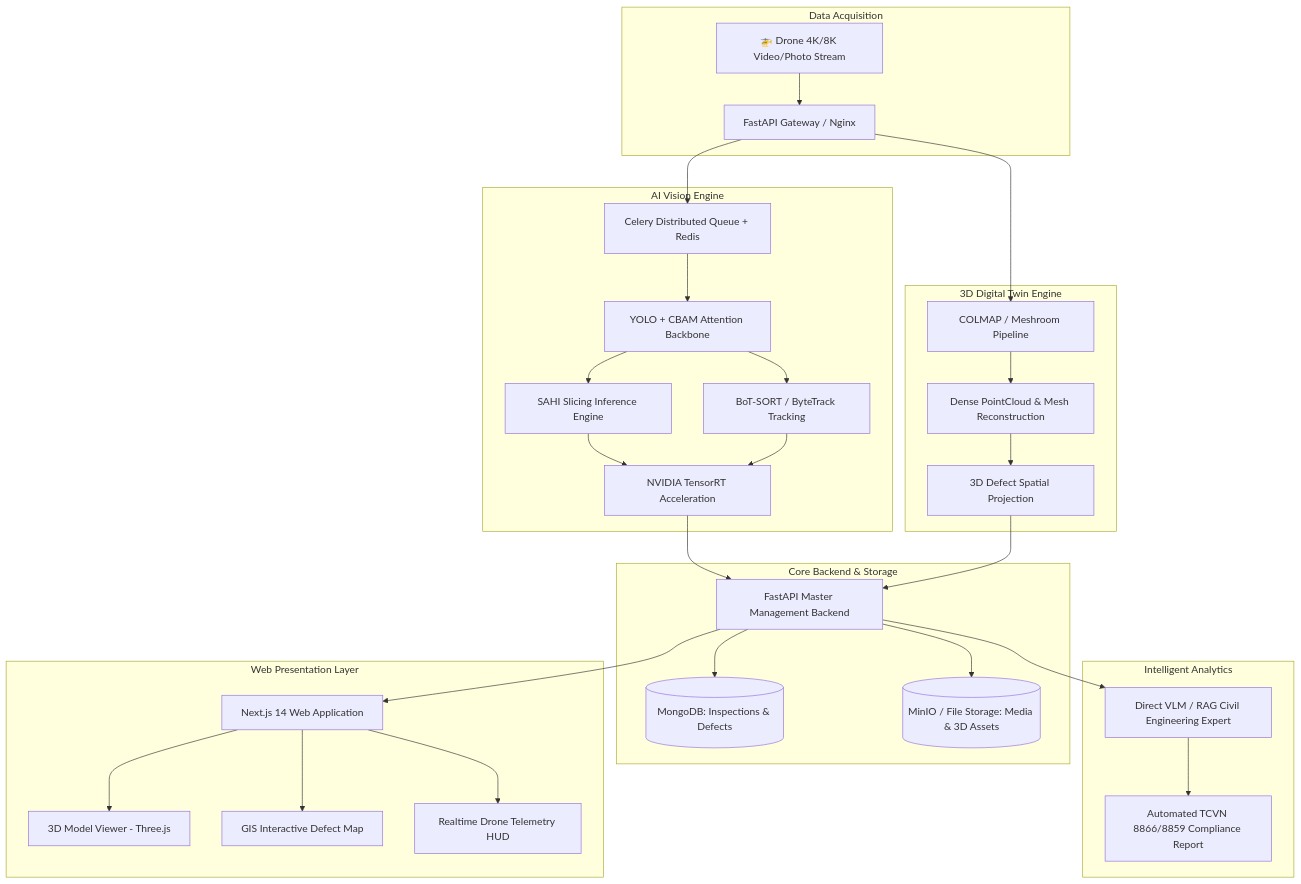
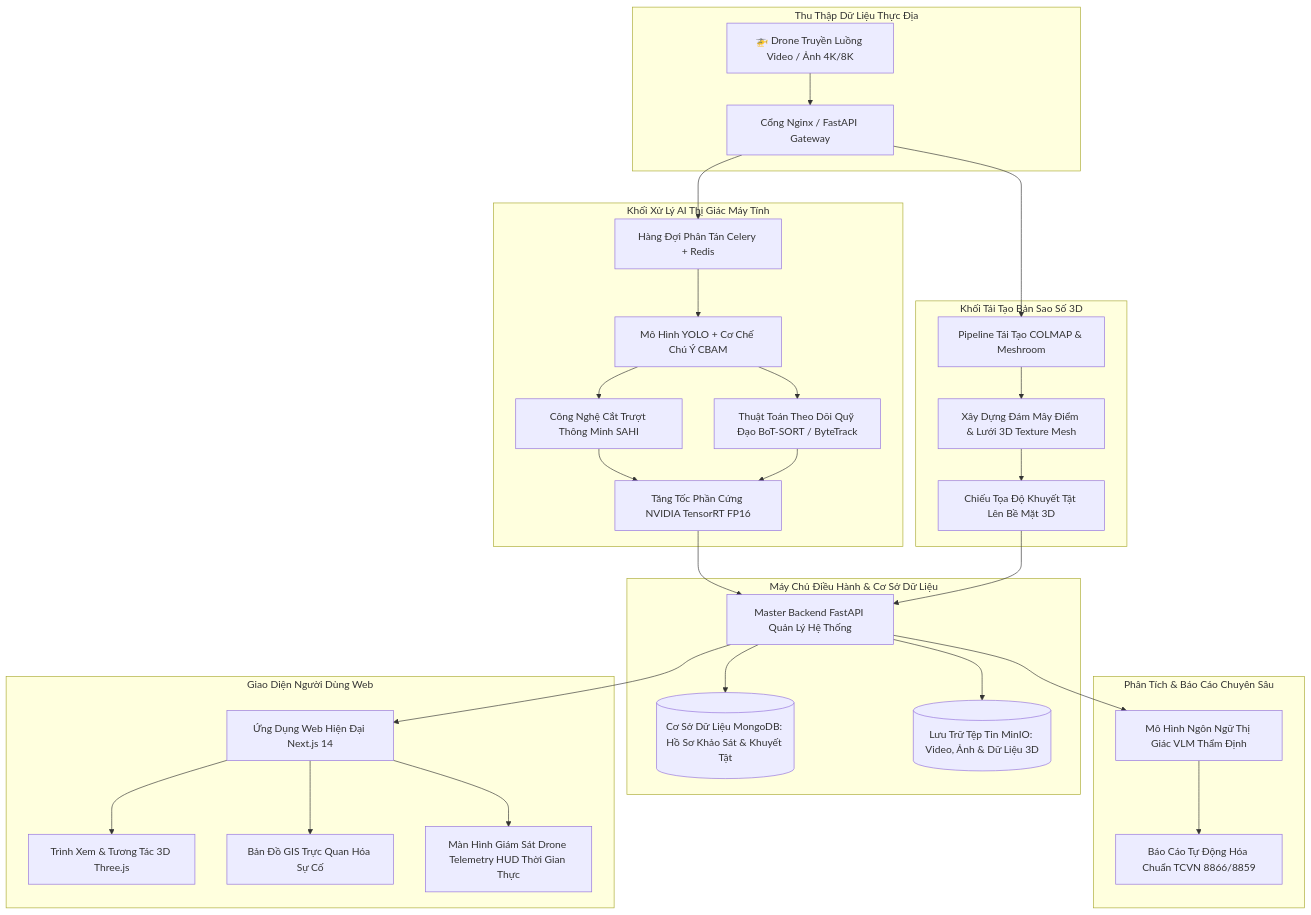
One commit to buivanhoa04/crack-detection-digitaltwin-platform changed the diagram in README.md. Above: the diagram before and after it, drawn with Mermaid. The commit also changed other lines of this file, not shown here.

Commit message:
docs: update comprehensive Vietnamese README for civil engineering and AI recruiter presentation

````diff
--- a/README.md
+++ b/README.md
@@ -34,38 +34,38 @@
 ```mermaid
 graph TD
-    subgraph Data Acquisition
-        A[🚁 Drone 4K/8K Video/Photo Stream] --> B[FastAPI Gateway / Nginx]
+    subgraph Thu Thập Dữ Liệu Thực Địa
+        A[🚁 Drone Truyền Luồng Video / Ảnh 4K/8K] --> B[Cổng Nginx / FastAPI Gateway]
     end
 
-    subgraph AI Vision Engine
-        B --> C[Celery Distributed Queue + Redis]
-        C --> D[YOLO + CBAM Attention Backbone]
-        D --> E[SAHI Slicing Inference Engine]
-        D --> F[BoT-SORT / ByteTrack Tracking]
-        E & F --> G[NVIDIA TensorRT Acceleration]
+    subgraph Khối Xử Lý AI Thị Giác Máy Tính
+        B --> C[Hàng Đợi Phân Tán Celery + Redis]
+        C --> D[Mô Hình YOLO + Cơ Chế Chú Ý CBAM]
+        D --> E[Công Nghệ Cắt Trượt Thông Minh SAHI]
+        D --> F[Thuật Toán Theo Dõi Quỹ Đạo BoT-SORT / ByteTrack]
+        E & F --> G[Tăng Tốc Phần Cứng NVIDIA TensorRT FP16]
     end
 
-    subgraph 3D Digital Twin Engine
-        B --> H[COLMAP / Meshroom Pipeline]
-        H --> I[Dense PointCloud & Mesh Reconstruction]
-        I --> J[3D Defect Spatial Projection]
+    subgraph Khối Tái Tạo Bản Sao Số 3D
+        B --> H[Pipeline Tái Tạo COLMAP & Meshroom]
+        H --> I[Xây Dựng Đám Mây Điểm & Lưới 3D Texture Mesh]
+        I --> J[Chiếu Tọa Độ Khuyết Tật Lên Bề Mặt 3D]
     end
 
-    subgraph Core Backend & Storage
-        G & J --> K[FastAPI Master Management Backend]
-        K --> L[(MongoDB: Inspections & Defects)]
-        K --> M[(MinIO / File Storage: Media & 3D Assets)]
+    subgraph Máy Chủ Điều Hành & Cơ Sở Dữ Liệu
+        G & J --> K[Master Backend FastAPI Quản Lý Hệ Thống]
+        K --> L[(Cơ Sở Dữ Liệu MongoDB: Hồ Sơ Khảo Sát & Khuyết Tật)]
+        K --> M[(Lưu Trữ Tệp Tin MinIO: Video, Ảnh & Dữ Liệu 3D)]
     end
 
-    subgraph Intelligent Analytics
-        K --> N[Direct VLM / RAG Civil Engineering Expert]
-        N --> O[Automated TCVN 8866/8859 Compliance Report]
+    subgraph Phân Tích & Báo Cáo Chuyên Sâu
+        K --> N[Mô Hình Ngôn Ngữ Thị Giác VLM Thẩm Định]
+        N --> O[Báo Cáo Tự Động Hóa Chuẩn TCVN 8866/8859]
     end
 
-    subgraph Web Presentation Layer
-        K --> P[Next.js 14 Web Application]
-        P --> Q[3D Model Viewer - Three.js]
-        P --> R[GIS Interactive Defect Map]
-        P --> S[Realtime Drone Telemetry HUD]
+    subgraph Giao Diện Người Dùng Web
+        K --> P[Ứng Dụng Web Hiện Đại Next.js 14]
+        P --> Q[Trình Xem & Tương Tác 3D Three.js]
+        P --> R[Bản Đồ GIS Trực Quan Hóa Sự Cố]
+        P --> S[Màn Hình Giám Sát Drone Telemetry HUD Thời Gian Thực]
     end
 ```
````
